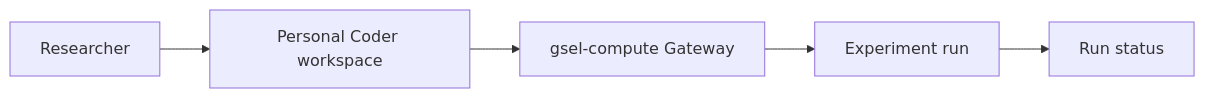
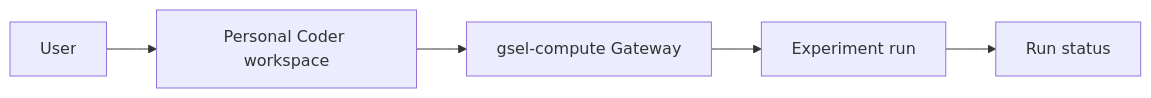
One commit to CBNU-GSEL/handbook changed the diagram in docs/reference/system-overview.md. Above: the diagram before and after it, drawn with Mermaid. The commit also changed other lines of this file and 3 other files, not shown here.

````diff
--- a/docs/reference/system-overview.md
+++ b/docs/reference/system-overview.md
@@ -7,7 +7,7 @@
 ```mermaid
 graph LR
-  Researcher --> Coder["Personal Coder workspace"]
+  User --> Coder["Personal Coder workspace"]
   Coder --> Gateway["gsel-compute Gateway"]
   Gateway --> Run["Experiment run"]
   Run --> Status["Run status"]
 ```
````
